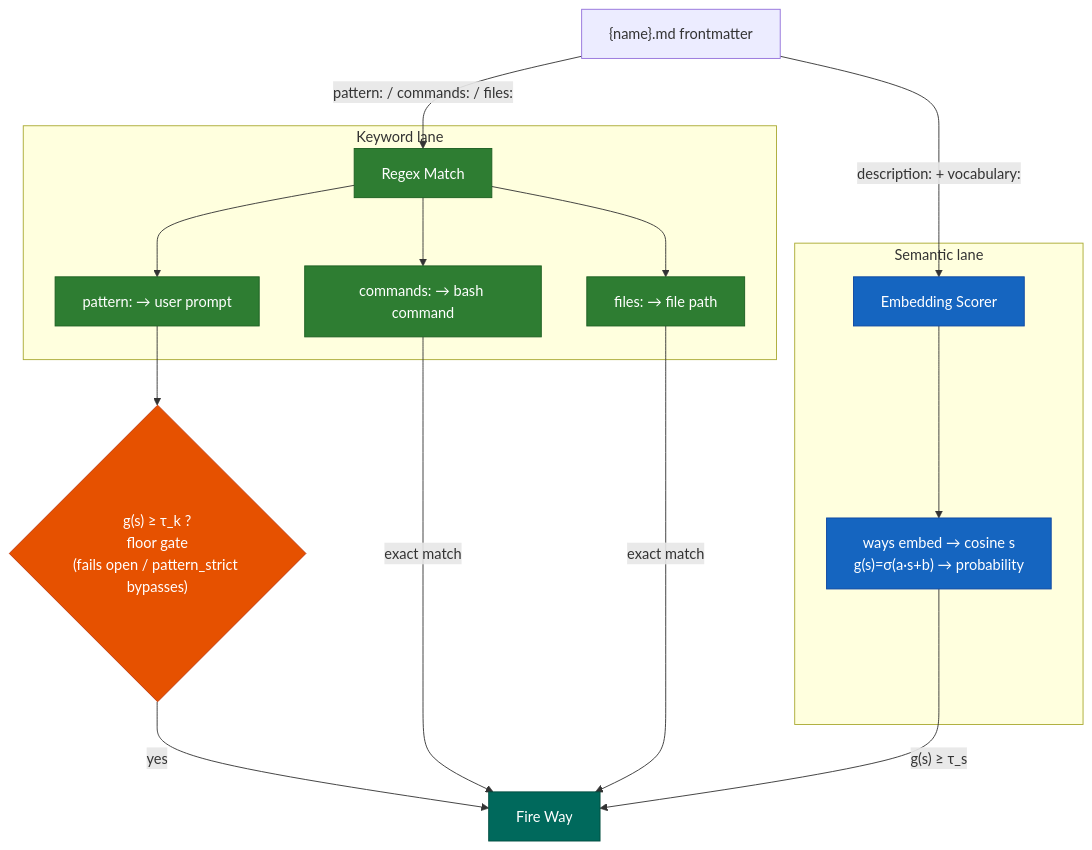
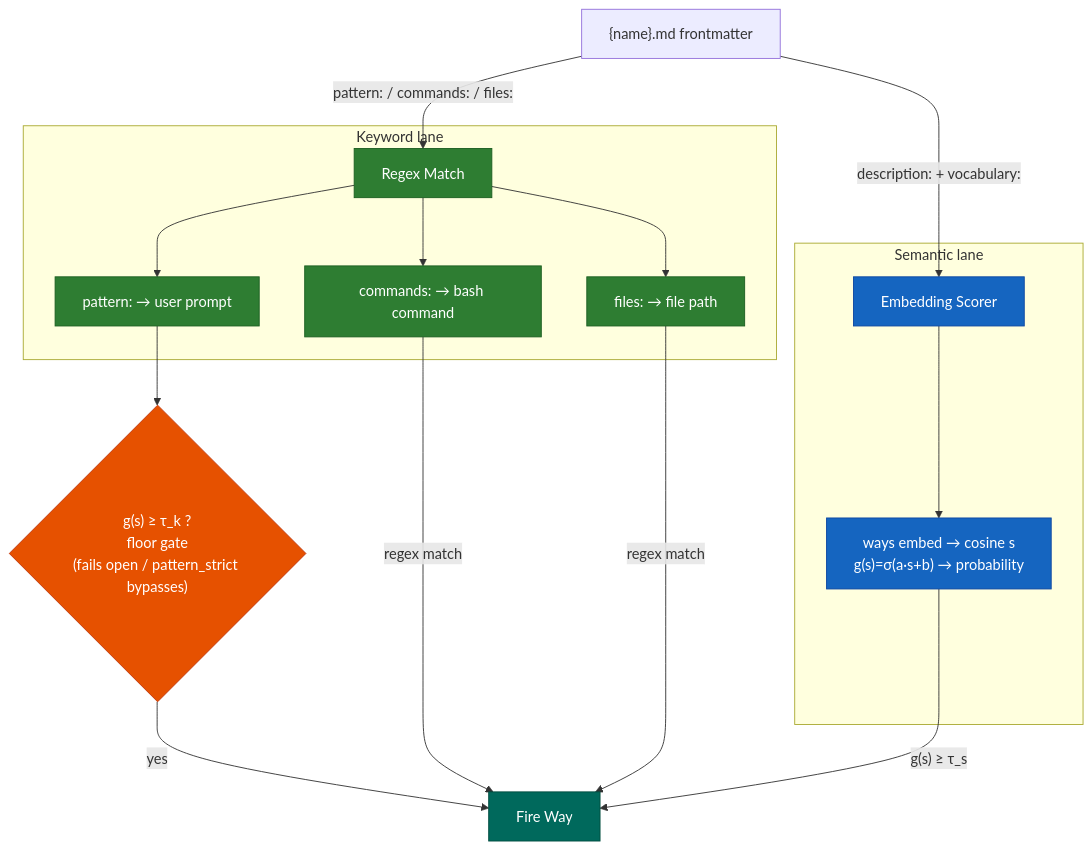
One commit to aaronsb/agent-ways changed the second of 6 diagrams in docs/hooks-and-ways.md. Above: the diagram before and after it, drawn with Mermaid. The commit also changed other lines of this file and 3 other files, not shown here.

````diff
--- a/docs/hooks-and-ways.md
+++ b/docs/hooks-and-ways.md
@@ -138,29 +138,29 @@
 ```mermaid
 flowchart TD
     classDef regex fill:#2E7D32,stroke:#1B5E20,color:#fff
     classDef semantic fill:#1565C0,stroke:#0D47A1,color:#fff
     classDef decision fill:#E65100,stroke:#BF360C,color:#fff
     classDef result fill:#00695C,stroke:#004D40,color:#fff
 
     W["{name}.md frontmatter"]
     W -->|"pattern: / commands: / files:"| R
     W -->|"description: + vocabulary:"| S
 
     subgraph RX ["Keyword lane"]
         R[Regex Match]:::regex
         R --> RP["pattern: → user prompt"]:::regex
         R --> RC["commands: → bash command"]:::regex
         R --> RF["files: → file path"]:::regex
     end
 
     subgraph SM ["Semantic lane"]
         S[Embedding Scorer]:::semantic
         S --> BM["ways embed → cosine s<br/>g(s)=σ(a·s+b) → probability"]:::semantic
     end
 
     RP --> GATE{"g(s) ≥ τ_k ?<br/>floor gate<br/>(fails open / pattern_strict bypasses)"}:::decision
     GATE -->|"yes"| FIRE[Fire Way]:::result
-    RC -->|"exact match"| FIRE
-    RF -->|"exact match"| FIRE
+    RC -->|"regex match"| FIRE
+    RF -->|"regex match"| FIRE
     BM -->|"g(s) ≥ τ_s"| FIRE
 ```
````
